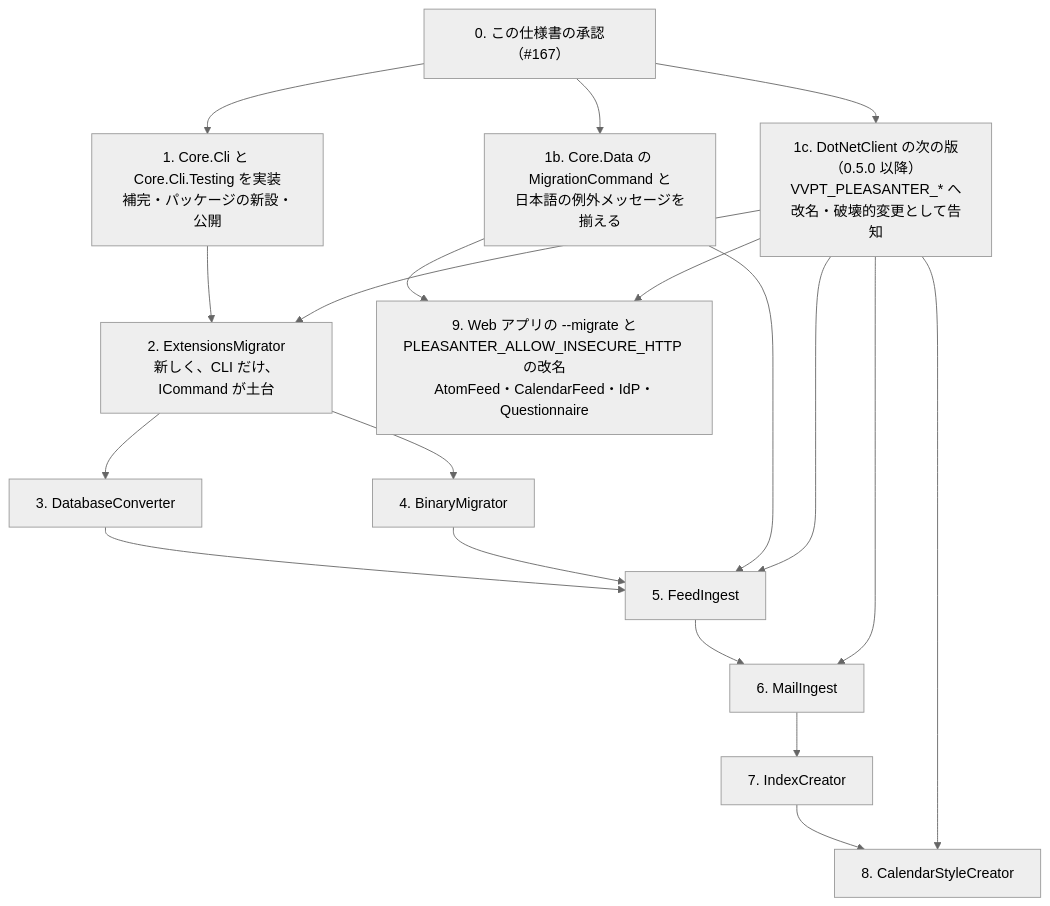
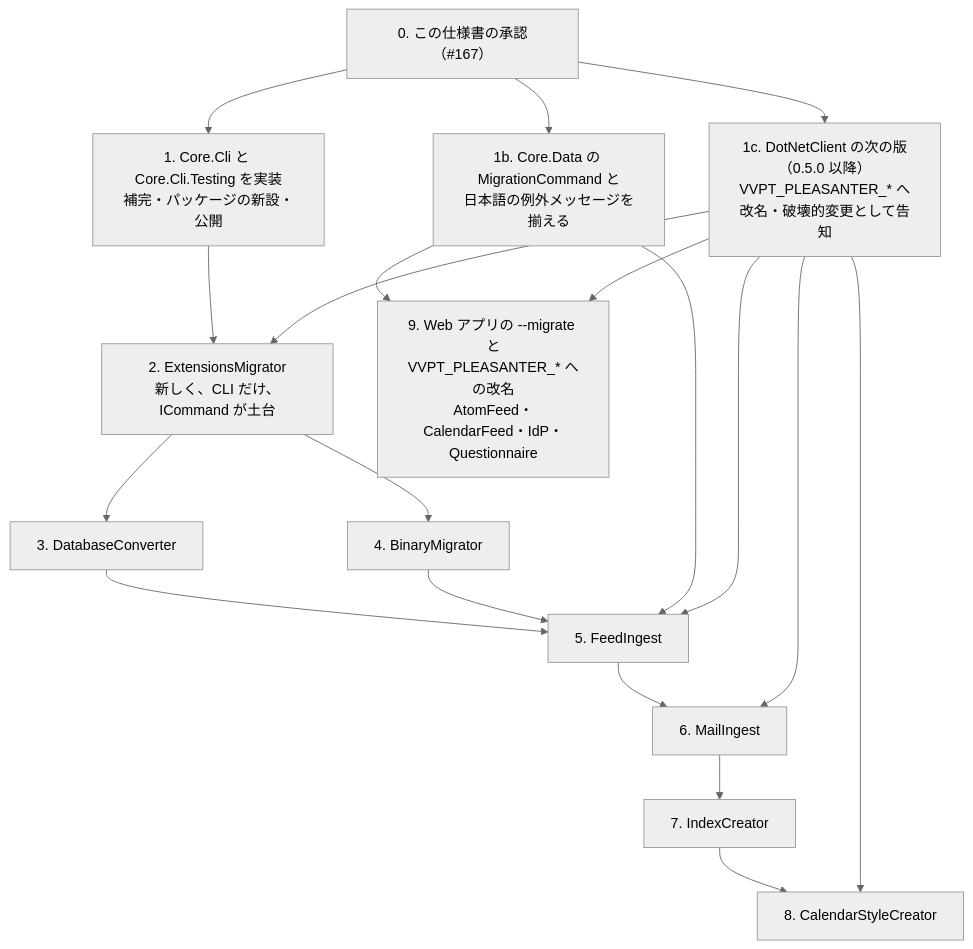
Before and after one commit to vehiclevisionjp/VehicleVision.PleasanterTools.Core: the third of 3 diagrams in _documents/CLIの共通仕様書.md, drawn with Mermaid (neutral theme). The commit also changed other lines of this file, not shown here.

First line of the commit message:
仕様書へ Q1〜Q3 の決定（Web アプリの接続設定の共通化・仮想端末の処理・TERM=dumb）を反映する

````diff
--- a/_documents/CLIの共通仕様書.md
+++ b/_documents/CLIの共通仕様書.md
@@ -983,21 +993,21 @@
 ```mermaid
 flowchart TD
     S0["0. この仕様書の承認（#167）"] --> S1["1. Core.Cli と Core.Cli.Testing を実装<br/>補完・パッケージの新設・公開"]
     S0 --> S1b["1b. Core.Data の MigrationCommand と<br/>日本語の例外メッセージを揃える"]
     S0 --> D["1c. DotNetClient の次の版（0.5.0 以降）<br/>VVPT_PLEASANTER_* へ改名・破壊的変更として告知"]
     S1 --> S2["2. ExtensionsMigrator<br/>新しく、CLI だけ、ICommand が土台"]
     D --> S2
     S2 --> S3["3. DatabaseConverter"]
     S2 --> S4["4. BinaryMigrator"]
     S3 --> S5["5. FeedIngest"]
     S4 --> S5
     S1b --> S5
     D --> S5
     S5 --> S6["6. MailIngest"]
     D --> S6
     S6 --> S7["7. IndexCreator"]
     S7 --> S8["8. CalendarStyleCreator"]
     D --> S8
-    S1b --> S9["9. Web アプリの --migrate と<br/>PLEASANTER_ALLOW_INSECURE_HTTP の改名<br/>AtomFeed・CalendarFeed・IdP・Questionnaire"]
+    S1b --> S9["9. Web アプリの --migrate と<br/>VVPT_PLEASANTER_* への改名<br/>AtomFeed・CalendarFeed・IdP・Questionnaire"]
     D --> S9
 ```
````
